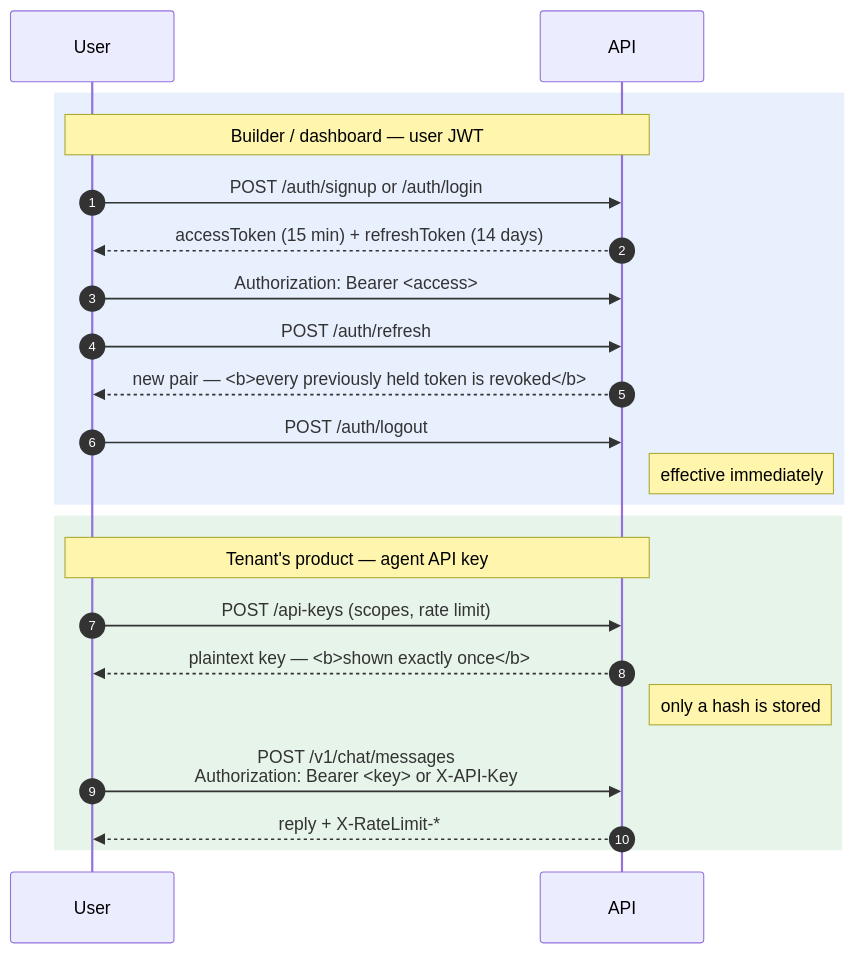
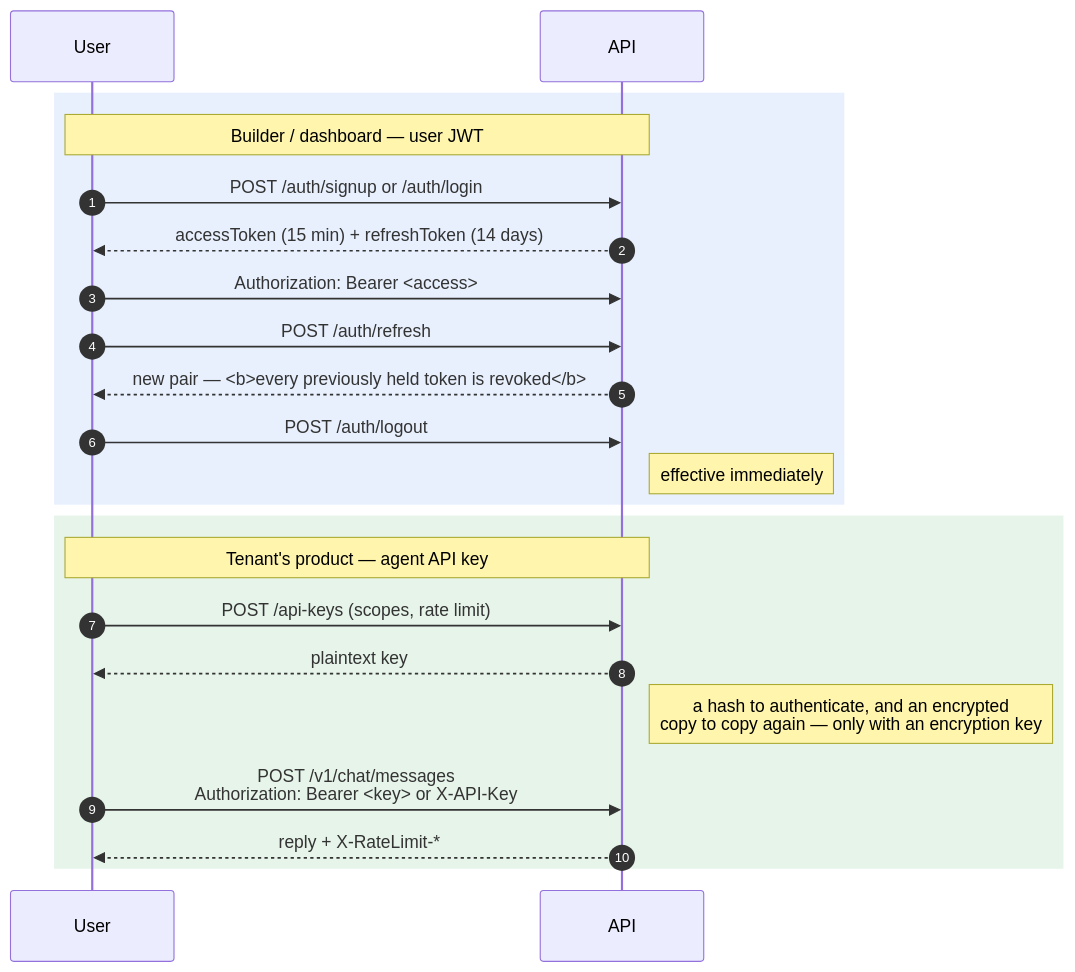
Before and after one commit to Rifilwe-2025/nash-chat-api: the tenth of 12 diagrams in README.md, drawn with Mermaid. The commit also changed other lines of this file and 17 other files, not shown here.

````diff
--- a/README.md
+++ b/README.md
@@ -551,26 +552,26 @@
 ```mermaid
 sequenceDiagram
     autonumber
     participant U as User
     participant API as API
 
     rect rgb(232, 240, 254)
     Note over U,API: Builder / dashboard — user JWT
     U->>API: POST /auth/signup or /auth/login
     API-->>U: accessToken (15 min) + refreshToken (14 days)
     U->>API: Authorization: Bearer <access>
     U->>API: POST /auth/refresh
     API-->>U: new pair — <b>every previously held token is revoked</b>
     U->>API: POST /auth/logout
     Note right of API: effective immediately
     end
 
     rect rgb(230, 244, 234)
     Note over U,API: Tenant's product — agent API key
     U->>API: POST /api-keys (scopes, rate limit)
-    API-->>U: plaintext key — <b>shown exactly once</b>
-    Note right of API: only a hash is stored
+    API-->>U: plaintext key
+    Note right of API: a hash to authenticate, and an encrypted<br/>copy to copy again — only with an encryption key
     U->>API: POST /v1/chat/messages<br/>Authorization: Bearer <key> or X-API-Key
     API-->>U: reply + X-RateLimit-*
     end
 ```
````
